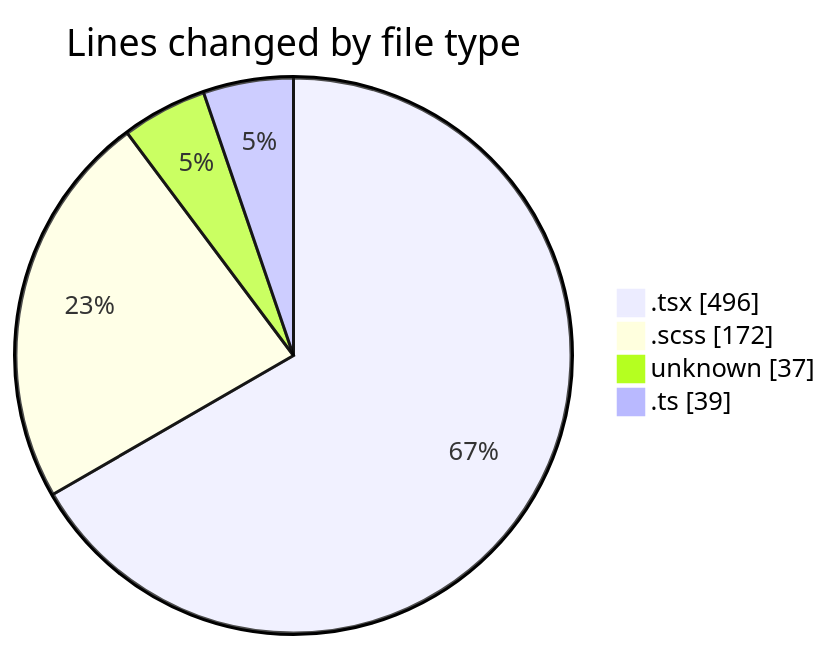
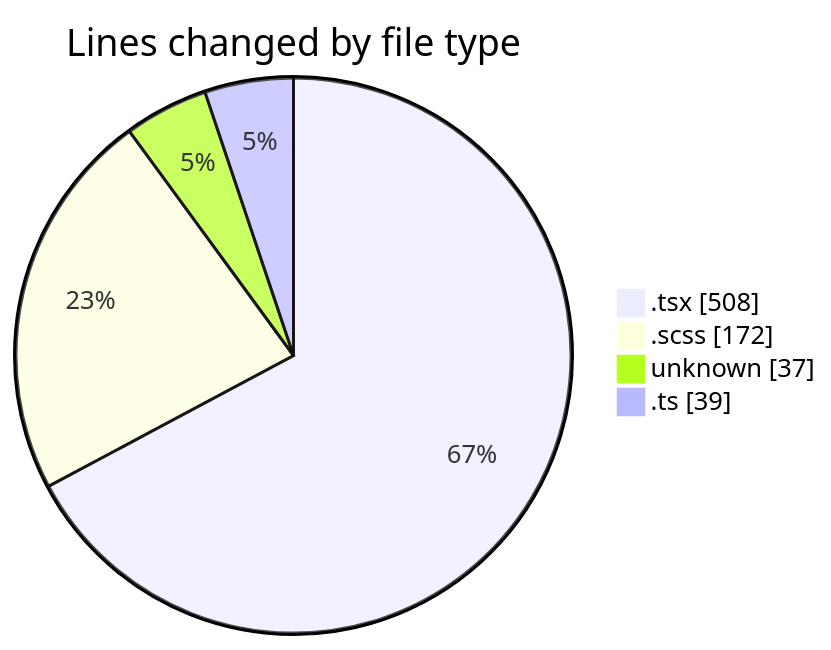
The first of 2 diagrams in 2025-09-16/cda/README.md (momahboobian/code-tracking), drawn with Mermaid before and after one commit. The commit also changed other lines of this file and 1 other file, not shown here.

````diff
--- a/2025-09-16/cda/README.md
+++ b/2025-09-16/cda/README.md
@@ -24,8 +24,8 @@
 ```mermaid
 pie showData
 title Lines changed by file type
-".tsx" : 496
+".tsx" : 508
 ".scss" : 172
 "unknown" : 37
 ".ts" : 39
 ```
````
